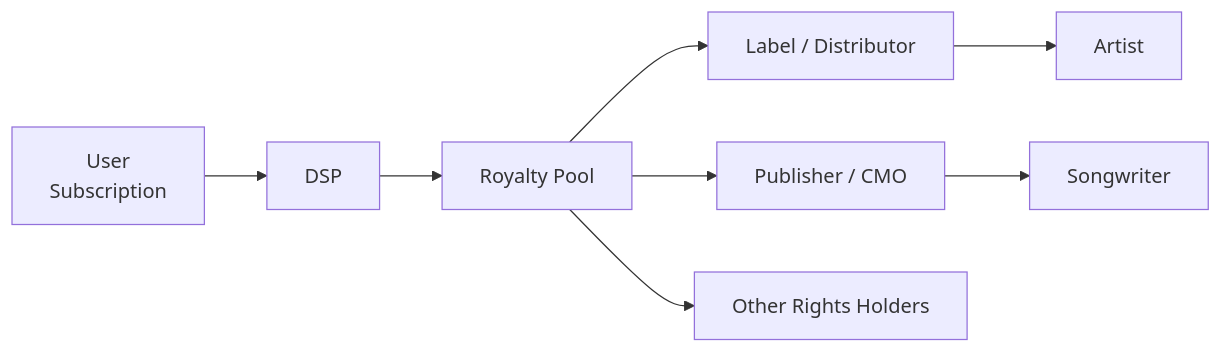
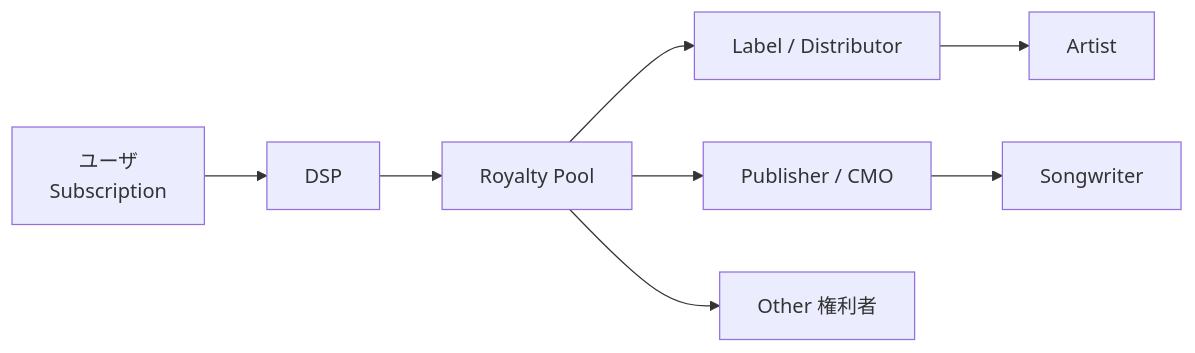
The third of 11 diagrams in docs/whitepaper/02-market.md (ShigeichiroYamasaki/creator-first-platform), drawn with Mermaid before and after one commit. The commit also changed other lines of this file and 67 other files, not shown here.

````diff
--- a/docs/whitepaper/02-market.md
+++ b/docs/whitepaper/02-market.md
@@ -111,13 +111,13 @@
 ```mermaid
 flowchart LR
-    U[User<br/>Subscription] --> DSP[DSP]
+    U[ユーザ<br/>Subscription] --> DSP[DSP]
 
     DSP --> POOL[Royalty Pool]
 
     POOL --> LABEL[Label / Distributor]
     POOL --> PUB[Publisher / CMO]
-    POOL --> OTHER[Other Rights Holders]
+    POOL --> OTHER[Other 権利者]
 
     LABEL --> ARTIST[Artist]
     PUB --> WRITER[Songwriter]
 ```
````
